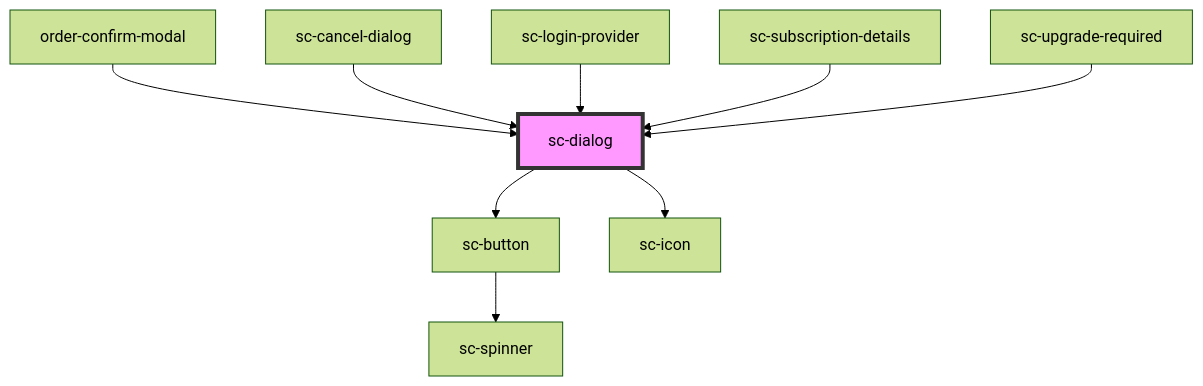
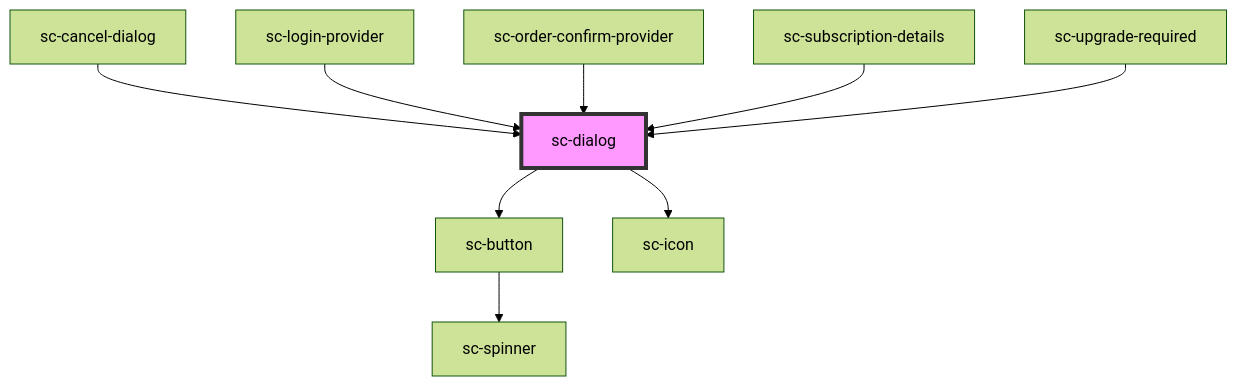
The diagram in packages/components/src/components/ui/sc-dialog/readme.md (surecart/surecart-wp-plugin), drawn with Mermaid (forest theme) before and after one commit. The commit also changed other lines of this file and 14 other files, not shown here.

Commit message:
Remove the order confirm modal and use sc-dailog directly in the sc-order-confirm-provider

````diff
--- a/packages/components/src/components/ui/sc-dialog/readme.md
+++ b/packages/components/src/components/ui/sc-dialog/readme.md
@@ -59,12 +59,12 @@
 ```mermaid
 graph TD;
   sc-dialog --> sc-button
   sc-dialog --> sc-icon
   sc-button --> sc-spinner
-  order-confirm-modal --> sc-dialog
   sc-cancel-dialog --> sc-dialog
   sc-login-provider --> sc-dialog
+  sc-order-confirm-provider --> sc-dialog
   sc-subscription-details --> sc-dialog
   sc-upgrade-required --> sc-dialog
   style sc-dialog fill:#f9f,stroke:#333,stroke-width:4px
 ```
````
